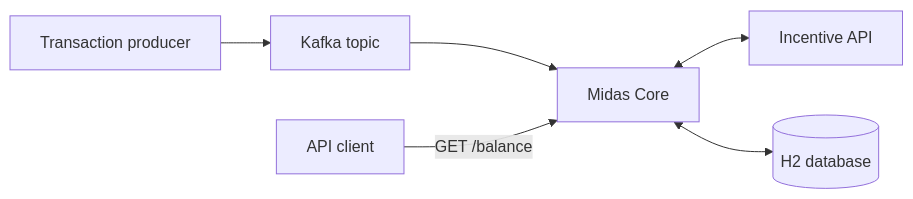
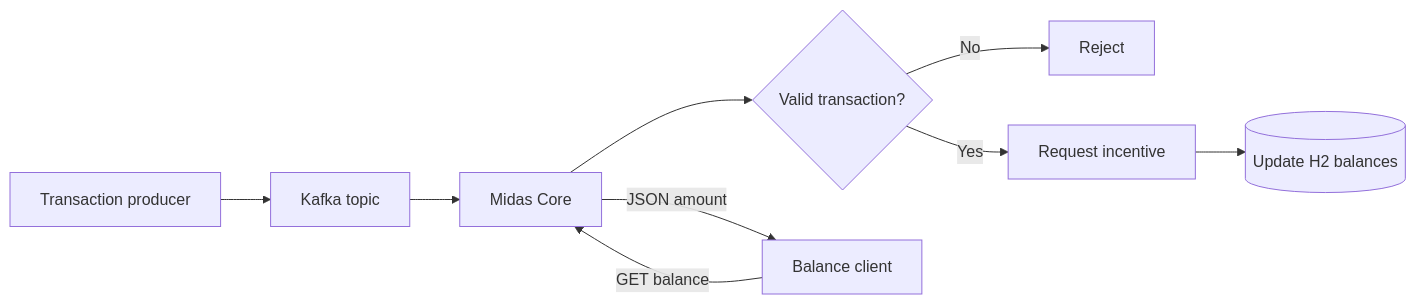
One commit to SidheshwarSarangal/forage-midas changed the first of 6 diagrams in README.md. Above: the diagram before and after it, drawn with Mermaid. The commit also changed other lines of this file and 4 other files, not shown here.

````diff
--- a/README.md
+++ b/README.md
@@ -9,8 +7,11 @@
 ```mermaid
 flowchart LR
     P[Transaction producer] --> K[Kafka topic]
     K --> M[Midas Core]
-    M <--> I[Incentive API]
-    M <--> D[(H2 database)]
-    C[API client] -->|GET /balance| M
+    M --> V{Valid transaction?}
+    V -- No --> X[Reject]
+    V -- Yes --> I[Request incentive]
+    I --> D[(Update H2 balances)]
+    C[Balance client] -->|GET balance| M
+    M -->|JSON amount| C
 ```
````
